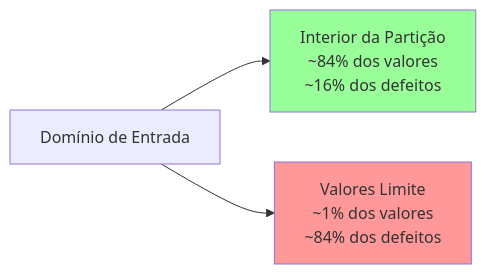
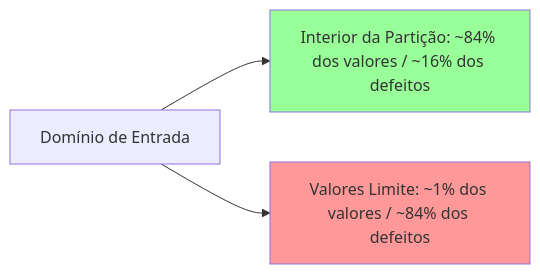
The second of 7 diagrams in docs/aulas/aula-06-08-tecnicas-teste-funcional-caixa-preta/README.md (jacksonpradolima/teste-software), drawn with Mermaid before and after one commit. The commit also changed other lines of this file, not shown here.

Commit message:
Corrigir formatação de valores monetários e melhorar a clareza do gráfico no README da aula 06-08

````diff
--- a/docs/aulas/aula-06-08-tecnicas-teste-funcional-caixa-preta/README.md
+++ b/docs/aulas/aula-06-08-tecnicas-teste-funcional-caixa-preta/README.md
@@ -244,8 +244,8 @@
 ```{mermaid}
 graph LR
-    A[Domínio de Entrada] --> B[Interior da Partição<br/>~84% dos valores<br/>~16% dos defeitos]
-    A --> C[Valores Limite<br/>~1% dos valores<br/>~84% dos defeitos]
+    A[Domínio de Entrada] --> B[Interior da Partição: ~84% dos valores / ~16% dos defeitos]
+    A --> C[Valores Limite: ~1% dos valores / ~84% dos defeitos]
     
     style C fill:#ff9999
     style B fill:#99ff99
 ```
````
